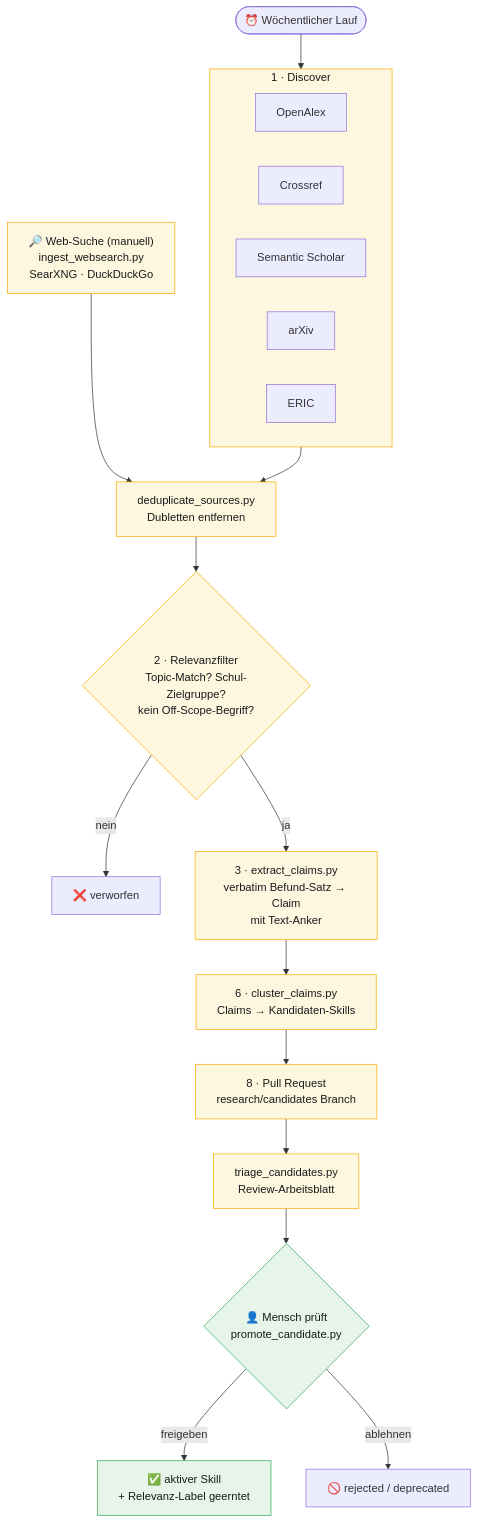
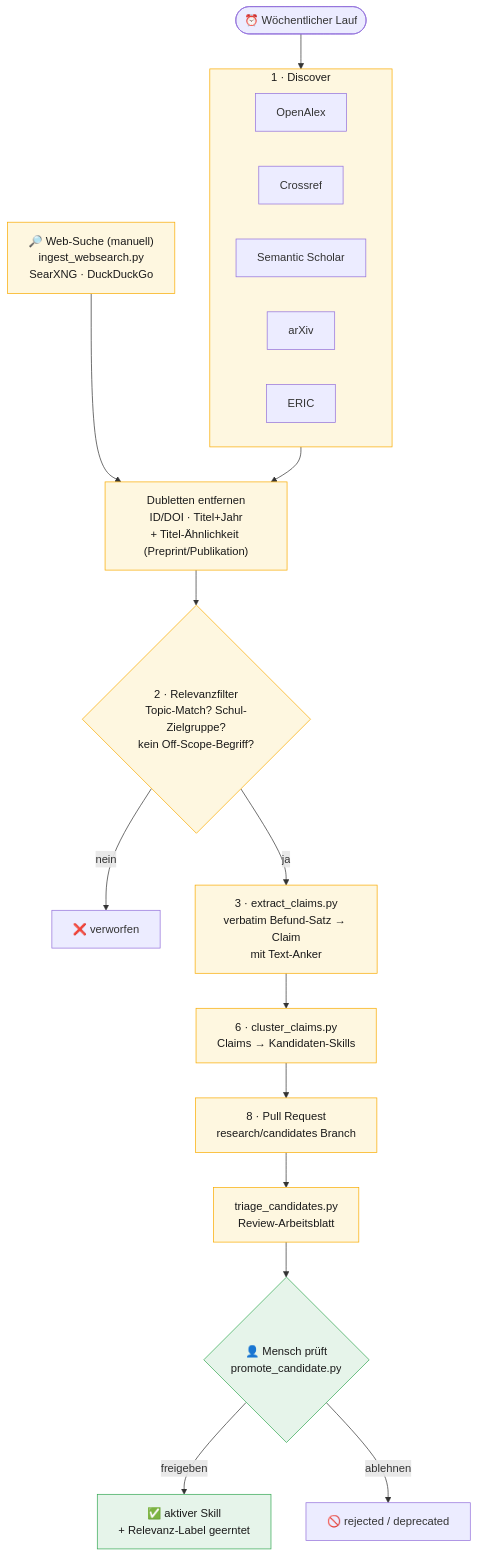
One commit to malkreide/future-skills-evidence-graph changed the third of 7 diagrams in docs/architektur.md. Above: the diagram before and after it, drawn with Mermaid. The commit also changed 5 other files, not shown here.

First line of the commit message:
Dublettenerkennung: Titel-Ähnlichkeit für Preprint/Publikation

````diff
--- a/docs/architektur.md
+++ b/docs/architektur.md
@@ -131,29 +131,29 @@
 ```mermaid
 flowchart TD
     START([⏰ Wöchentlicher Lauf]) --> ING
 
     subgraph ING["1 · Discover"]
         OA[OpenAlex] & CR[Crossref] & SS[Semantic Scholar] & AX[arXiv] & ER[ERIC]
     end
 
     WEB["🔎 Web-Suche (manuell)<br/>ingest_websearch.py<br/>SearXNG · DuckDuckGo"] --> DEDUP
 
-    ING --> DEDUP[deduplicate_sources.py<br/>Dubletten entfernen]
+    ING --> DEDUP["Dubletten entfernen<br/>ID/DOI · Titel+Jahr<br/>+ Titel-Ähnlichkeit (Preprint/Publikation)"]
     DEDUP --> FILTER{2 · Relevanzfilter<br/>Topic-Match? Schul-Zielgruppe?<br/>kein Off-Scope-Begriff?}
 
     FILTER -->|nein| DROP[❌ verworfen]
     FILTER -->|ja| EXTRACT[3 · extract_claims.py<br/>verbatim Befund-Satz → Claim<br/>mit Text-Anker]
 
     EXTRACT --> CLUSTER[6 · cluster_claims.py<br/>Claims → Kandidaten-Skills]
     CLUSTER --> PR[8 · Pull Request<br/>research/candidates Branch]
 
     PR --> TRIAGE[triage_candidates.py<br/>Review-Arbeitsblatt]
     TRIAGE --> REVIEW{👤 Mensch prüft<br/>promote_candidate.py}
     REVIEW -->|freigeben| ACTIVE[✅ aktiver Skill<br/>+ Relevanz-Label geerntet]
     REVIEW -->|ablehnen| REJECT[🚫 rejected / deprecated]
 
     classDef machine fill:#fef7e0,stroke:#f9ab00,color:#1a1a1a;
     classDef human fill:#e6f4ea,stroke:#34a853,color:#1a1a1a;
     class ING,DEDUP,FILTER,EXTRACT,CLUSTER,PR,WEB,TRIAGE machine;
     class REVIEW,ACTIVE human;
 ```
````
